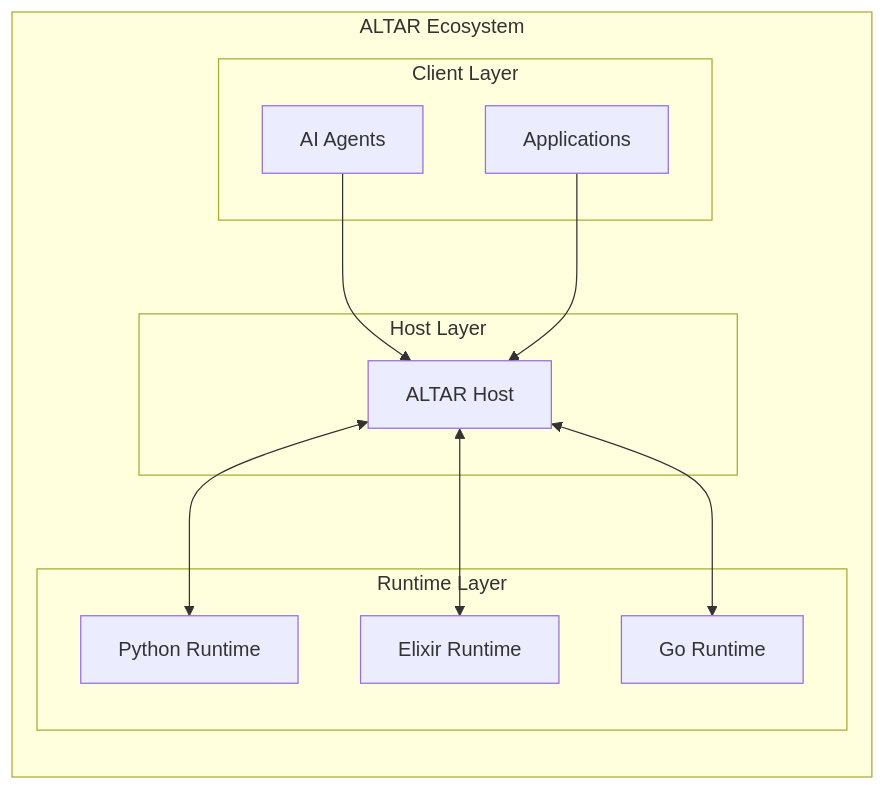
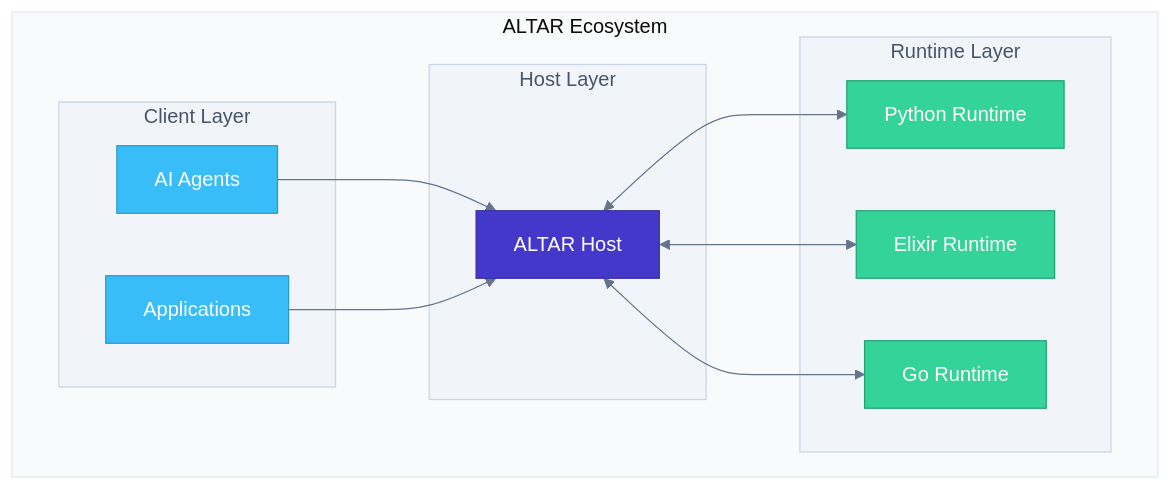
Before and after one commit to nshkrdotcom/ALTAR: the diagram in README.md, drawn with Mermaid. The commit also changed other lines of this file, not shown here.

Commit message:
mermaid styles

````diff
--- a/README.md
+++ b/README.md
@@ -27,25 +28,53 @@
 ```mermaid
+%%{
+  init: {
+    'theme': 'base',
+    'themeVariables': {
+      'background': '#ffffff',
+      'primaryColor': '#f8fafc',
+      'primaryTextColor': '#1e293b',
+      'lineColor': '#64748b',
+      'secondaryColor': '#e2e8f0',
+      'tertiaryColor': '#f1f5f9',
+      'primaryBorderColor': '#e2e8f0',
+      'secondaryBorderColor': '#cbd5e1',
+      'tertiaryBorderColor': '#94a3b8'
+    }
+  }
+}%%
 graph LR
-    subgraph "ALTAR Ecosystem"
-        subgraph "Host Layer"
+    subgraph AE ["ALTAR Ecosystem"]
+      direction LR
+      style AE fill:#f8fafc,stroke:#e2e8f0
+
+        subgraph HL ["Host Layer"]
+            style HL fill:#f1f5f9,stroke:#cbd5e1,color:#475569
             HOST[ALTAR Host]
+            style HOST fill:#4338ca,stroke:#3730a3,color:#ffffff,fontWeight:bold
         end
         
-        subgraph "Runtime Layer"
+        subgraph RL ["Runtime Layer"]
+            style RL fill:#f1f5f9,stroke:#cbd5e1,color:#475569
             RT1[Python Runtime]
             RT2[Elixir Runtime]
             RT3[Go Runtime]
+            style RT1 fill:#34d399,stroke:#25a274,color:#ffffff
+            style RT2 fill:#34d399,stroke:#25a274,color:#ffffff
+            style RT3 fill:#34d399,stroke:#25a274,color:#ffffff
         end
         
-        subgraph "Client Layer"
+        subgraph CL ["Client Layer"]
+            style CL fill:#f1f5f9,stroke:#cbd5e1,color:#475569
             AI[AI Agents]
             APP[Applications]
+            style AI fill:#38bdf8,stroke:#2899c8,color:#ffffff
+            style APP fill:#38bdf8,stroke:#2899c8,color:#ffffff
         end
     end
     
     AI --> HOST
     APP --> HOST
     HOST <--> RT1
     HOST <--> RT2
     HOST <--> RT3
 ```
````
